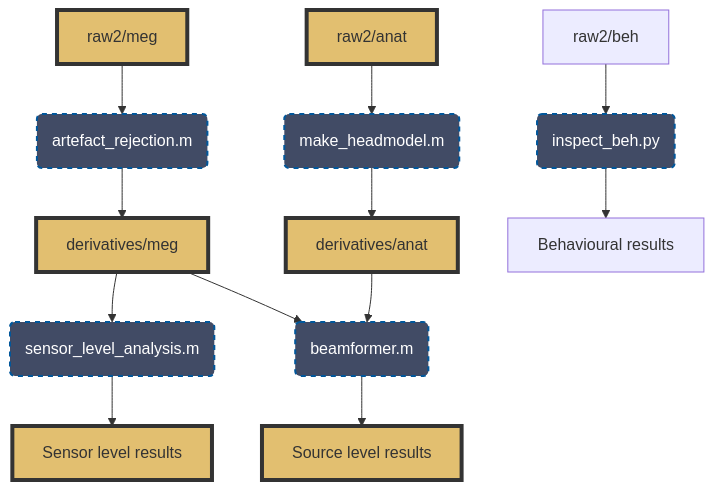
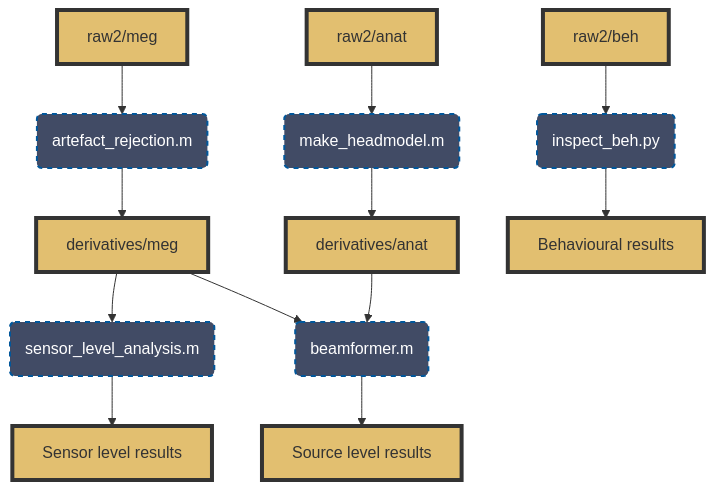
One commit to henneysq/meg-ahat changed the diagram in README.md. Above: the diagram before and after it, drawn with Mermaid.

````diff
--- a/README.md
+++ b/README.md
@@ -41,26 +41,28 @@
 ```mermaid
 graph TD;
     A[raw2/meg]-->a(artefact_rejection.m)-->B[derivatives/meg];
     
     B-->b(sensor_level_analysis.m)-->D[Sensor level results]
 
     C[raw2/anat]-->c( make_headmodel.m)-->E[derivatives/anat]
     
     d(beamformer.m)
     B-->d-->F[Source level results]
     E-->d
 
     G[raw2/beh]-->e(inspect_beh.py)-->H[Behavioural results]
     
     style a fill:#414b65,stroke:#01579b,stroke-width:2px,color:#FFFFFF,stroke-dasharray: 5 5
     style b fill:#414b65,stroke:#01579b,stroke-width:2px,color:#FFFFFF,stroke-dasharray: 5 5
     style c fill:#414b65,stroke:#01579b,stroke-width:2px,color:#FFFFFF,stroke-dasharray: 5 5
     style d fill:#414b65,stroke:#01579b,stroke-width:2px,color:#FFFFFF,stroke-dasharray: 5 5
     style e fill:#414b65,stroke:#01579b,stroke-width:2px,color:#FFFFFF,stroke-dasharray: 5 5
     style A fill:#e2bf70,stroke:#333,stroke-width:4px
     style B fill:#e2bf70,stroke:#333,stroke-width:4px
     style C fill:#e2bf70,stroke:#333,stroke-width:4px
     style D fill:#e2bf70,stroke:#333,stroke-width:4px
     style E fill:#e2bf70,stroke:#333,stroke-width:4px
     style F fill:#e2bf70,stroke:#333,stroke-width:4px
+    style G fill:#e2bf70,stroke:#333,stroke-width:4px
+    style H fill:#e2bf70,stroke:#333,stroke-width:4px
 ```
````
